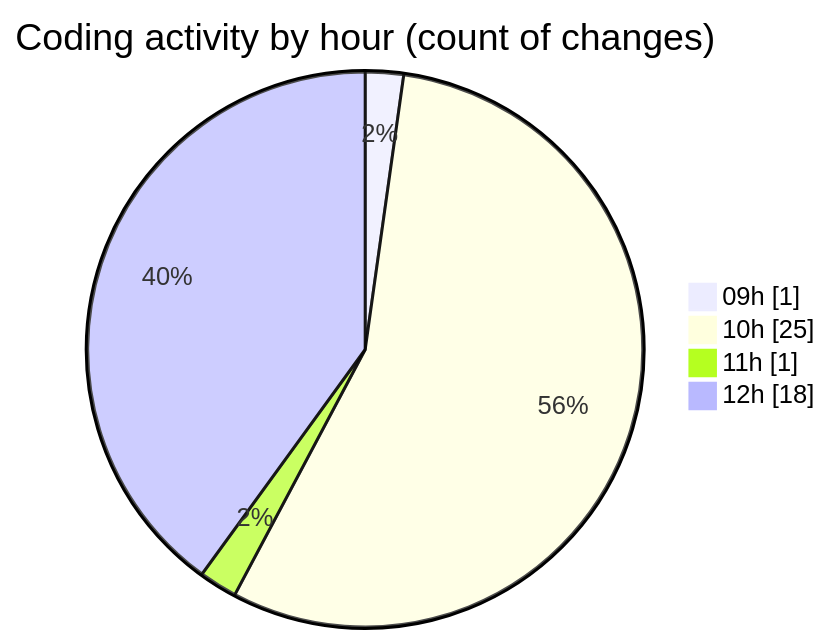
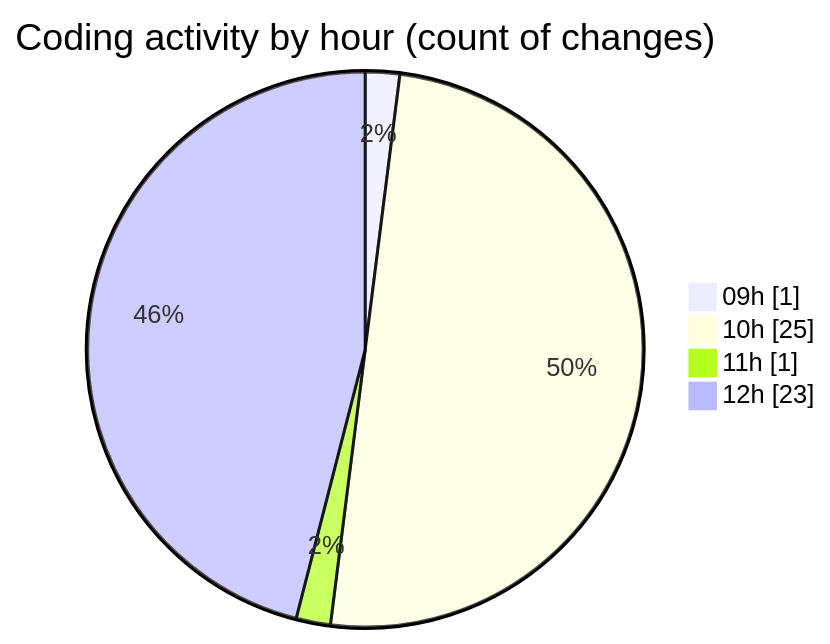
Before and after one commit to momahboobian/code-tracking: the second of 2 diagrams in 2026-04-15/cda/README.md, drawn with Mermaid. The commit also changed other lines of this file and 1 other file, not shown here.

````diff
--- a/2026-04-15/cda/README.md
+++ b/2026-04-15/cda/README.md
@@ -40,8 +40,8 @@
 ```mermaid
 pie showData
 title Coding activity by hour (count of changes)
 "09h" : 1
 "10h" : 25
 "11h" : 1
-"12h" : 18
+"12h" : 23
 ```
````
